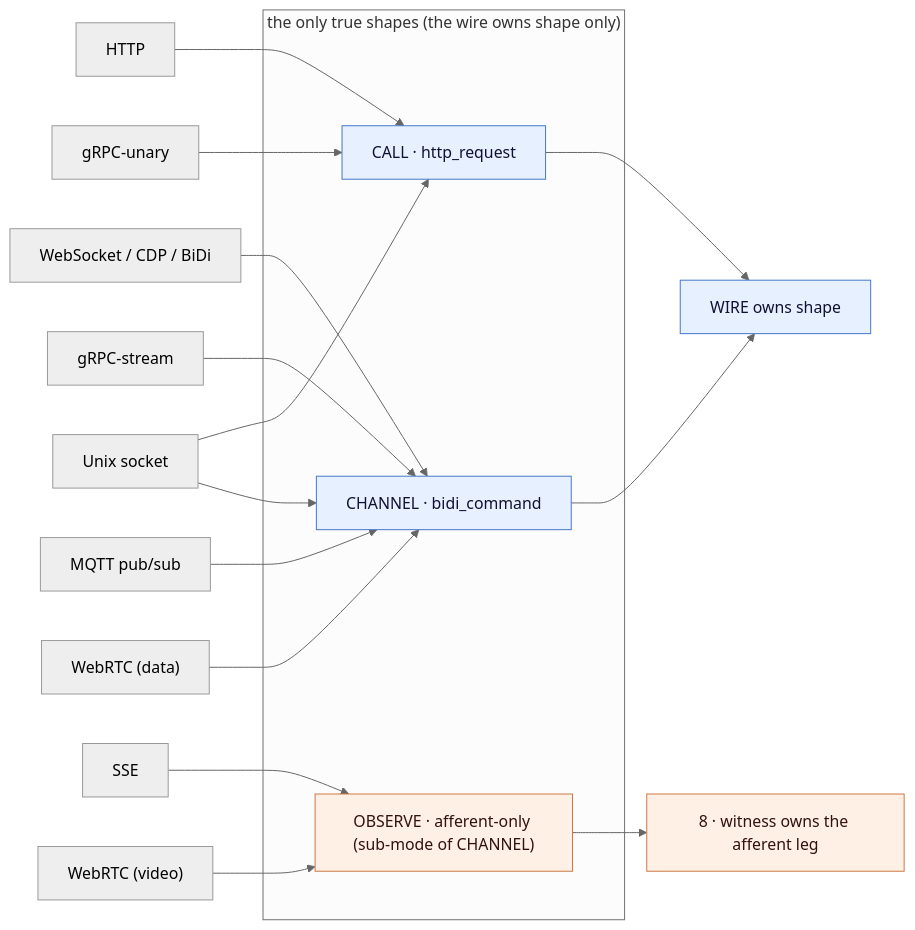
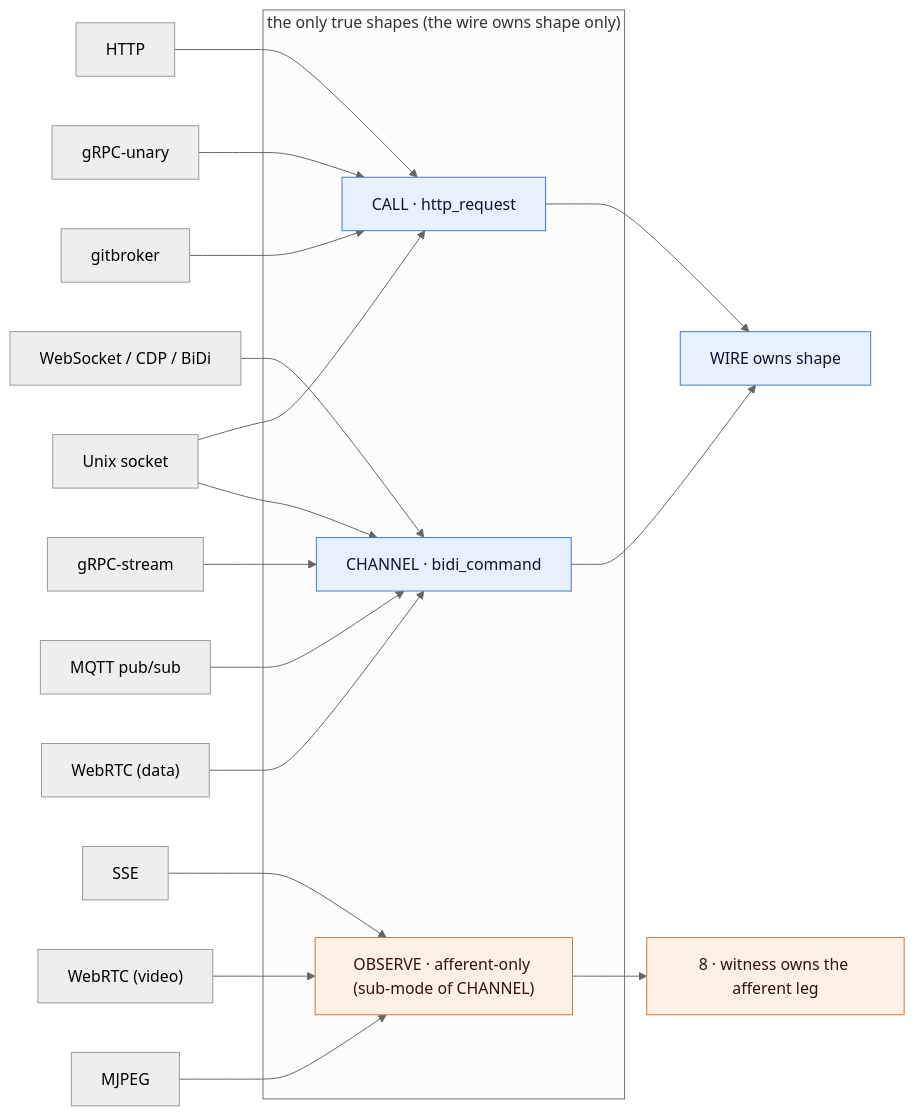
One commit to rrrishi123/8 changed the first of 4 diagrams in README.md. Above: the diagram before and after it, drawn with Mermaid (neutral theme). The commit also changed other lines of this file, not shown here.

First line of the commit message:
README: transport map reflects all 9 transports (add MJPEG + gitbroker, fix 7->9 count)

````diff
--- a/README.md
+++ b/README.md
@@ -45,25 +45,27 @@
 ```mermaid
 flowchart LR
   HTTP["HTTP"] --> CALL
   GRPCU["gRPC-unary"] --> CALL
   UNIX["Unix socket"] --> CALL
+  GB["gitbroker"] --> CALL
   WS["WebSocket / CDP / BiDi"] --> CHAN
   GRPCS["gRPC-stream"] --> CHAN
   MQTT["MQTT pub/sub"] --> CHAN
   RTCD["WebRTC (data)"] --> CHAN
   UNIX --> CHAN
   SSE["SSE"] --> OBS
   RTCV["WebRTC (video)"] --> OBS
+  MJPEG["MJPEG"] --> OBS
   subgraph MODES["the only true shapes (the wire owns shape only)"]
     CALL["CALL · http_request"]
     CHAN["CHANNEL · bidi_command"]
     OBS["OBSERVE · afferent-only (sub-mode of CHANNEL)"]
   end
   CALL --> WIRE["WIRE owns shape"]
   CHAN --> WIRE
   OBS --> W8["8 · witness owns the afferent leg"]
   classDef w fill:#e6f0ff,stroke:#4477cc,color:#113;
   classDef a fill:#fff0e6,stroke:#cc7744,color:#311;
   class CALL,CHAN,WIRE w;
   class OBS,W8 a;
 ```
````
